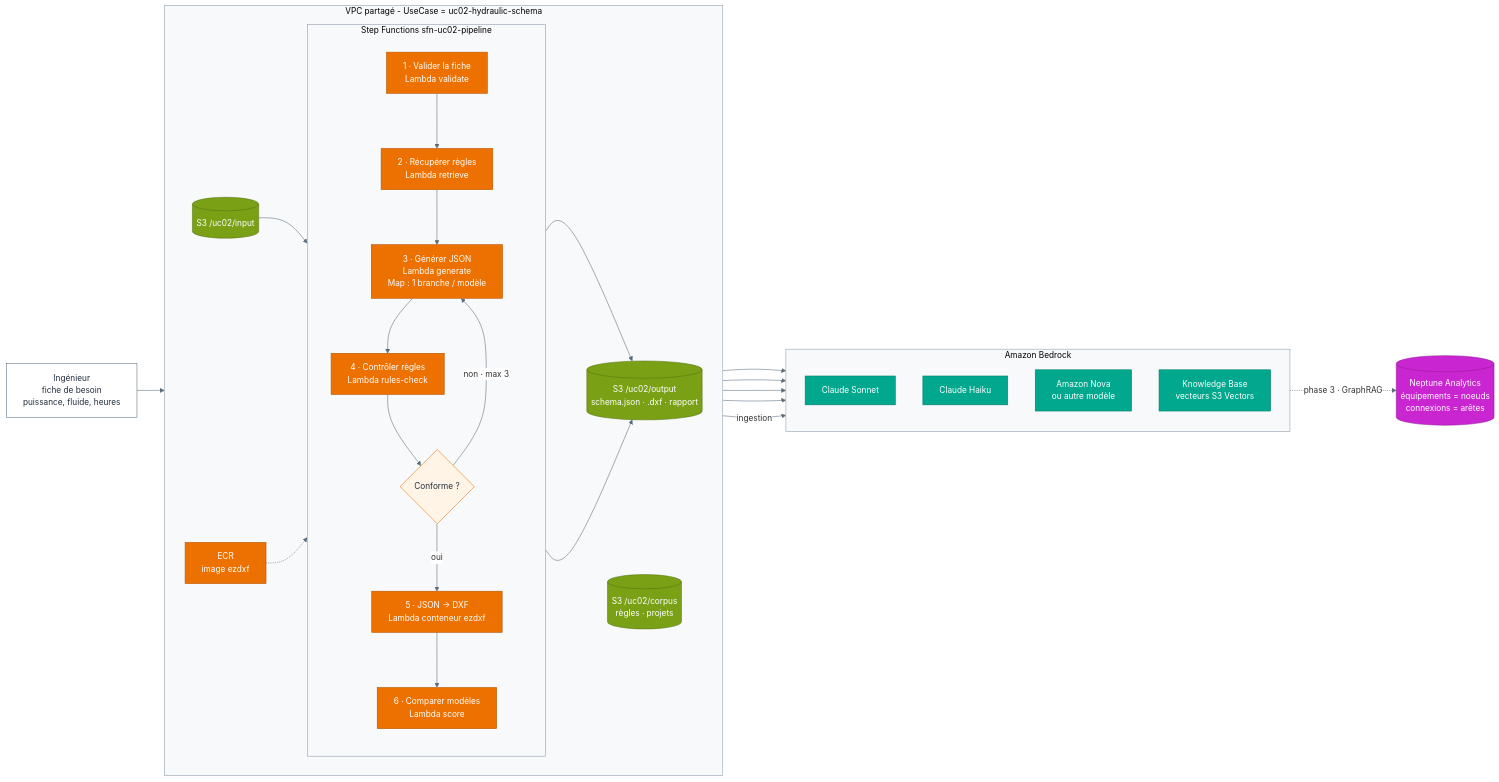
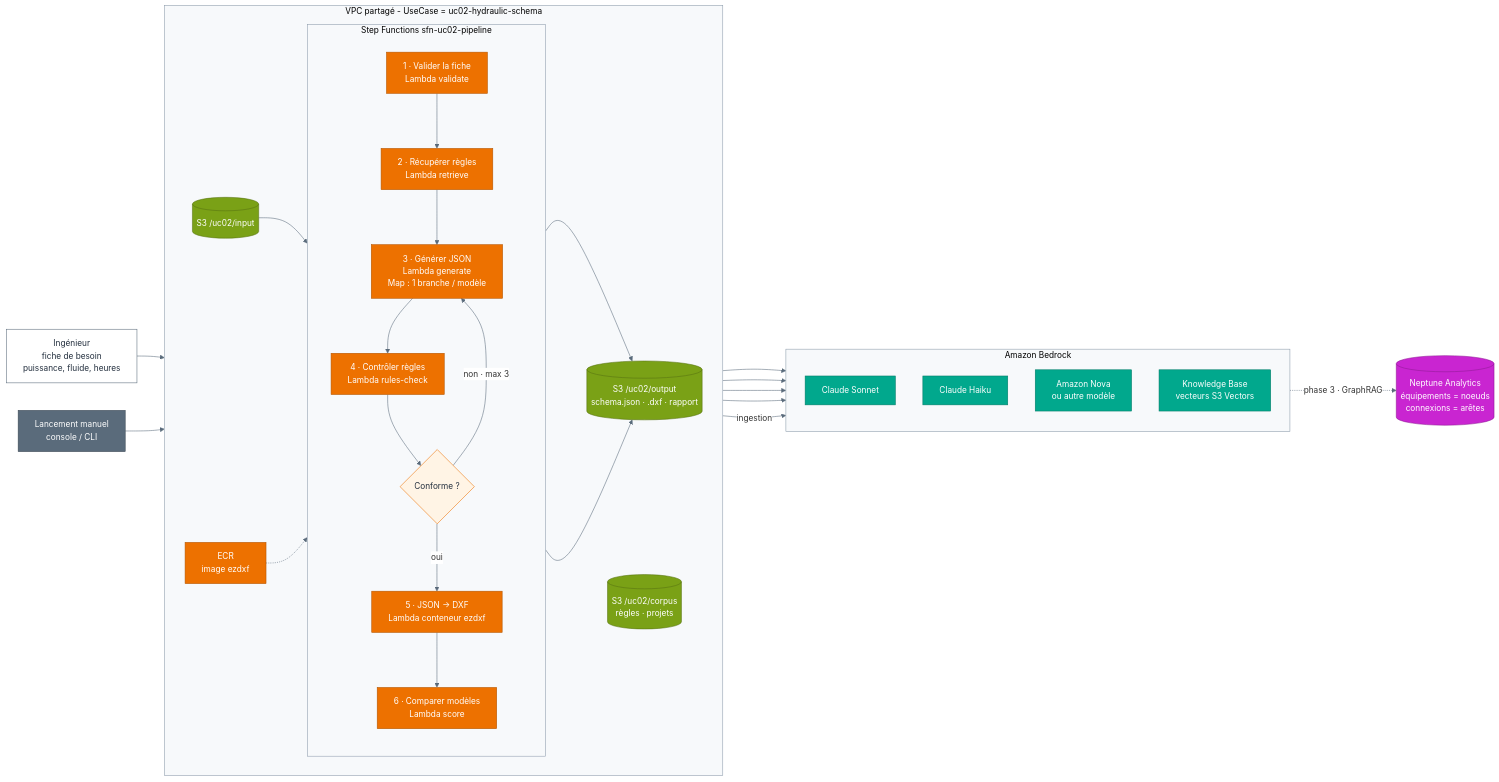
Before and after one commit to aymane-benchhab/aymane-benchhab: the diagram in docs/diagrams/02-besoin2-schema-hydraulique.mmd, drawn with Mermaid. The commit also changed 8 other files, not shown here.

```diff
--- a/docs/diagrams/02-besoin2-schema-hydraulique.mmd
+++ b/docs/diagrams/02-besoin2-schema-hydraulique.mmd
@@ -1,52 +1,56 @@
 %%{init: {'theme':'base','themeVariables':{'fontFamily':'Arial','fontSize':'15px','primaryColor':'#ffffff','clusterBkg':'#F7F9FB','clusterBorder':'#8C9BAB','lineColor':'#5A6B7B'}}}%%
 flowchart LR
   ING["Ingénieur<br/>fiche de besoin<br/>puissance, fluide, heures"]:::ext
 
   subgraph VPC["VPC partagé  -  UseCase = uc02-hydraulic-schema"]
     direction LR
     IN[("S3 /uc02/input")]:::storage
 
     subgraph SFN["Step Functions  sfn-uc02-pipeline"]
       direction TB
       V["1 · Valider la fiche<br/>Lambda validate"]:::compute
       R["2 · Récupérer règles<br/>Lambda retrieve"]:::compute
       G["3 · Générer JSON<br/>Lambda generate<br/>Map : 1 branche / modèle"]:::compute
       C["4 · Contrôler règles<br/>Lambda rules-check"]:::compute
       D{"Conforme ?"}:::decision
       X["5 · JSON → DXF<br/>Lambda conteneur ezdxf"]:::compute
       M["6 · Comparer modèles<br/>Lambda score"]:::compute
       V --> R --> G --> C --> D
       D -- "non · max 3" --> G
       D -- "oui" --> X --> M
     end
 
     OUT[("S3 /uc02/output<br/>schema.json · .dxf · rapport")]:::storage
     COR[("S3 /uc02/corpus<br/>règles · projets")]:::storage
     ECR["ECR<br/>image ezdxf"]:::compute
   end
 
   subgraph BR["Amazon Bedrock"]
     direction TB
     M1["Claude Sonnet"]:::ai
     M2["Claude Haiku"]:::ai
     M3["Amazon Nova<br/>ou autre modèle"]:::ai
     KB["Knowledge Base<br/>vecteurs S3 Vectors"]:::ai
   end
 
   NA[("Neptune Analytics<br/>équipements = noeuds<br/>connexions = arêtes")]:::db
 
-  ING --> IN --> V
+  RUN["Lancement manuel<br/>console / CLI"]:::mgmt
+  ING --> IN
+  RUN --> V
+  IN --> V
   G --> M1 & M2 & M3
   R --> KB
   COR -- "ingestion" --> KB
   KB -. "phase 3 · GraphRAG" .-> NA
   X --> OUT
   M --> OUT
   ECR -.-> X
 
   classDef compute fill:#ED7100,stroke:#B35500,color:#fff
   classDef ai fill:#01A88D,stroke:#017A66,color:#fff
   classDef db fill:#C925D1,stroke:#8F1A95,color:#fff
   classDef storage fill:#7AA116,stroke:#577311,color:#fff
   classDef ext fill:#ffffff,stroke:#5A6B7B,color:#232F3E
   classDef decision fill:#FFF4E5,stroke:#ED7100,color:#232F3E
+  classDef mgmt fill:#5A6B7B,stroke:#3B4753,color:#fff
```
